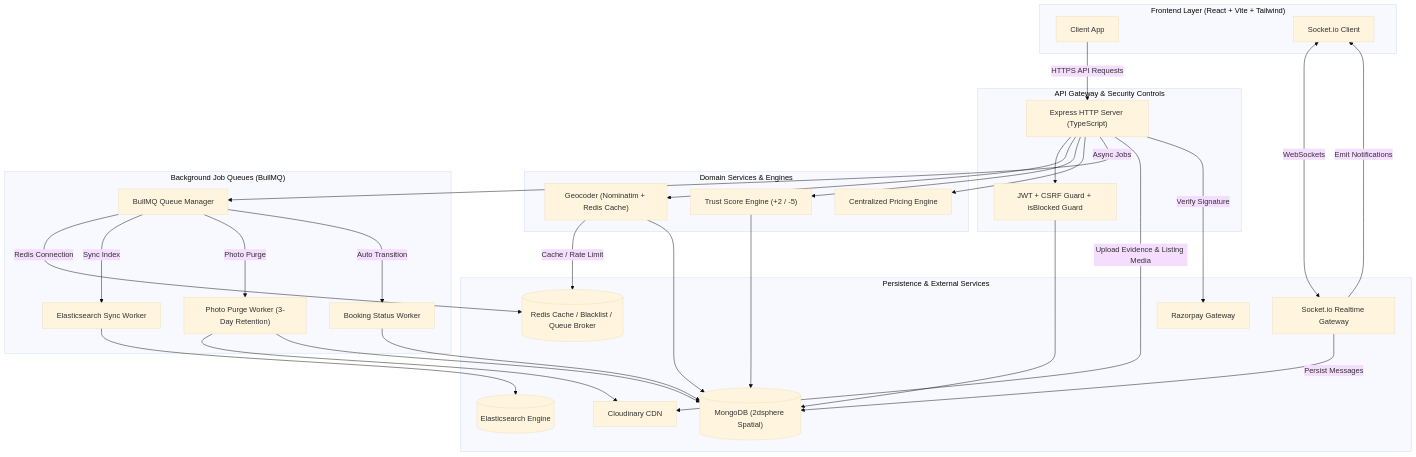
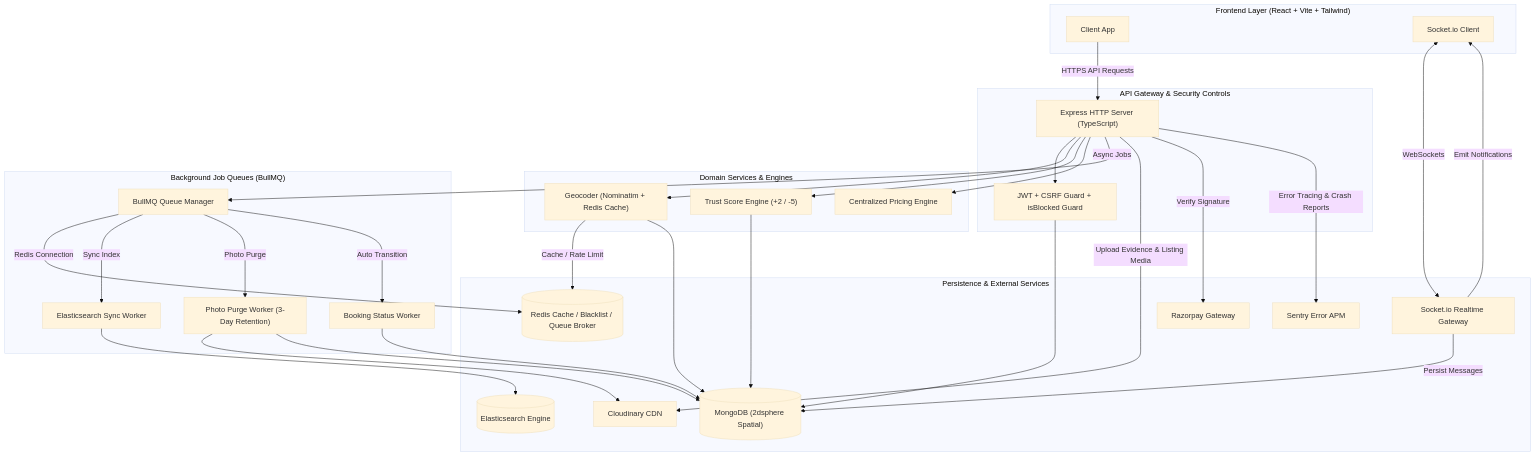
One commit to priyanshuraj20/Rentora changed the first of 10 diagrams in ReadMe.md. Above: the diagram before and after it, drawn with Mermaid (base theme). The commit also changed other lines of this file, not shown here.

````diff
--- a/ReadMe.md
+++ b/ReadMe.md
@@ -220,54 +227,56 @@
 ```mermaid
 graph TD
     subgraph ClientLayer["Frontend Layer (React + Vite + Tailwind)"]
         Client["Client App"]
         SocketClient["Socket.io Client"]
     end
 
     subgraph SecurityGateway["API Gateway & Security Controls"]
         API["Express HTTP Server (TypeScript)"]
         Auth["JWT + CSRF Guard + isBlocked Guard"]
     end
 
     subgraph ServiceLayer["Domain Services & Engines"]
         GeoEngine["Geocoder (Nominatim + Redis Cache)"]
         TrustEngine["Trust Score Engine (+2 / -5)"]
         PricingEngine["Centralized Pricing Engine"]
     end
 
     subgraph AsyncQueues["Background Job Queues (BullMQ)"]
         Queue["BullMQ Queue Manager"]
         PurgeWorker["Photo Purge Worker (3-Day Retention)"]
         BookingWorker["Booking Status Worker"]
         ESWorker["Elasticsearch Sync Worker"]
     end
 
     subgraph InfraStorage["Persistence & External Services"]
         DB[("MongoDB (2dsphere Spatial)")]
         Cache[("Redis Cache / Blacklist / Queue Broker")]
         ES[("Elasticsearch Engine")]
         Cloudinary["Cloudinary CDN"]
         Razorpay["Razorpay Gateway"]
         SocketServer["Socket.io Realtime Gateway"]
+        Sentry["Sentry Error APM"]
     end
 
     Client -->|HTTPS API Requests| API
     SocketClient <-->|WebSockets| SocketServer
     API --> Auth
     Auth --> DB
     API --> GeoEngine
     GeoEngine -- "Cache / Rate Limit" --> Cache
     GeoEngine --> DB
     API --> TrustEngine
     TrustEngine --> DB
     API --> PricingEngine
     API -->|Async Jobs| Queue
     Queue -->|Redis Connection| Cache
     Queue -->|Sync Index| ESWorker --> ES
     Queue -->|Photo Purge| PurgeWorker --> Cloudinary & DB
     Queue -->|Auto Transition| BookingWorker --> DB
     API -->|Upload Evidence & Listing Media| Cloudinary
     API -->|Verify Signature| Razorpay
+    API -->|Error Tracing & Crash Reports| Sentry
     SocketServer -->|Persist Messages| DB
     SocketServer -->|Emit Notifications| SocketClient
 ```
````
